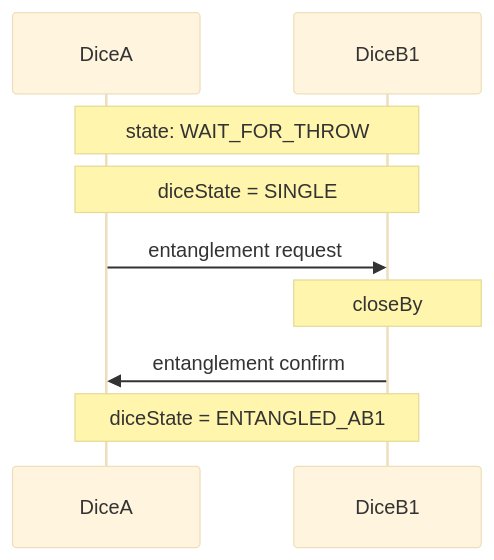
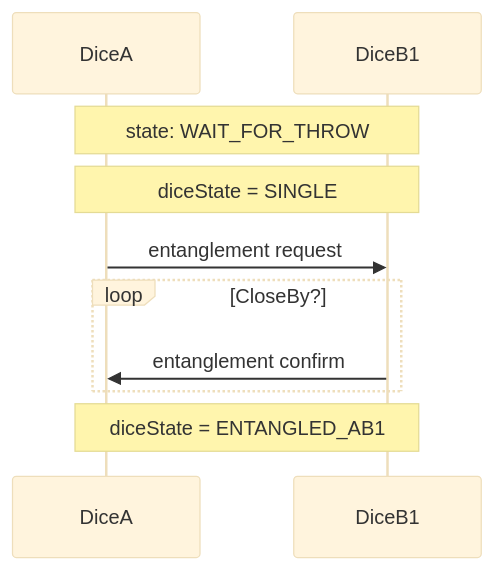
The first of 2 diagrams in Arduino/entanglement_sequence.md (qlab-utwente/Quantum-Dice-by-UTwente), drawn with Mermaid (base theme) before and after one commit. The commit also changed other lines of this file, not shown here.

````diff
--- a/Arduino/entanglement_sequence.md
+++ b/Arduino/entanglement_sequence.md
@@ -4,11 +4,12 @@
 ```mermaid
 sequenceDiagram
     participant DiceA
     participant DiceB1
     Note over DiceA,DiceB1: state: WAIT_FOR_THROW
     Note over DiceA,DiceB1: diceState = SINGLE
     DiceA->>DiceB1: entanglement request
-    Note over DiceB1: closeBy
-    DiceB1->>DiceA: entanglement confirm
+    loop CloseBy?
+        DiceB1->>DiceA: entanglement confirm
+    end
     Note over DiceA,DiceB1: diceState = ENTANGLED_AB1
 ```
````
